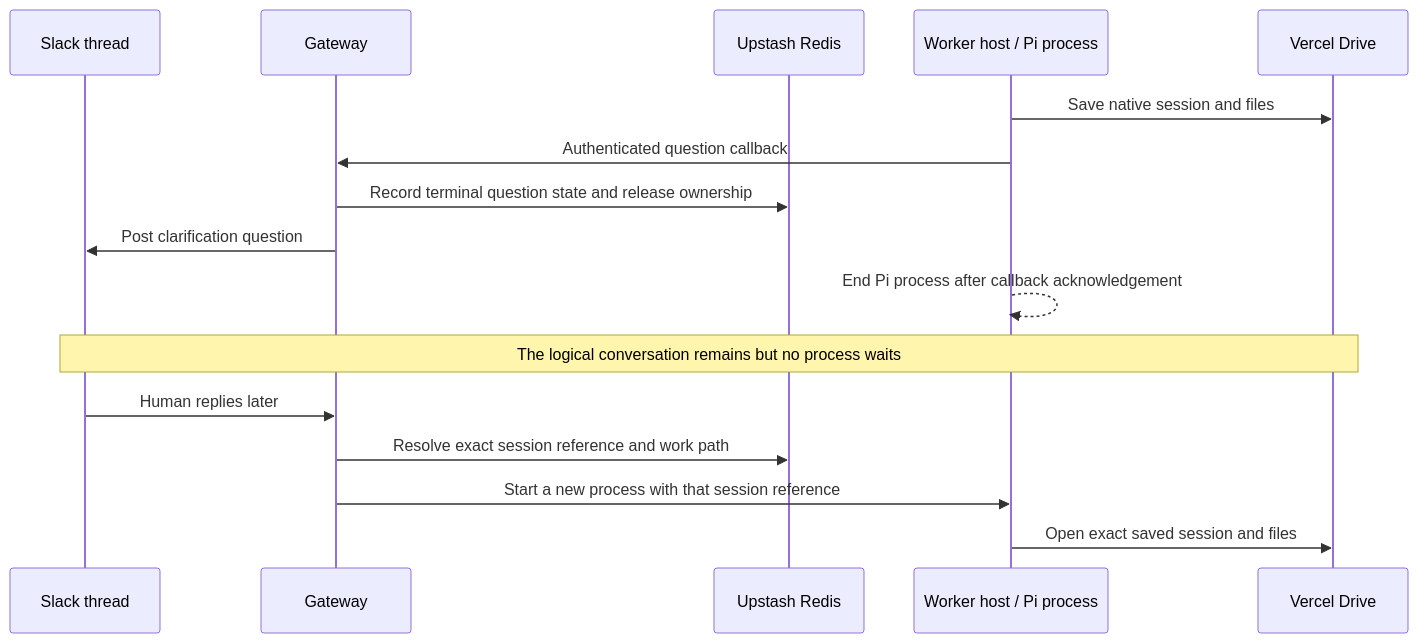
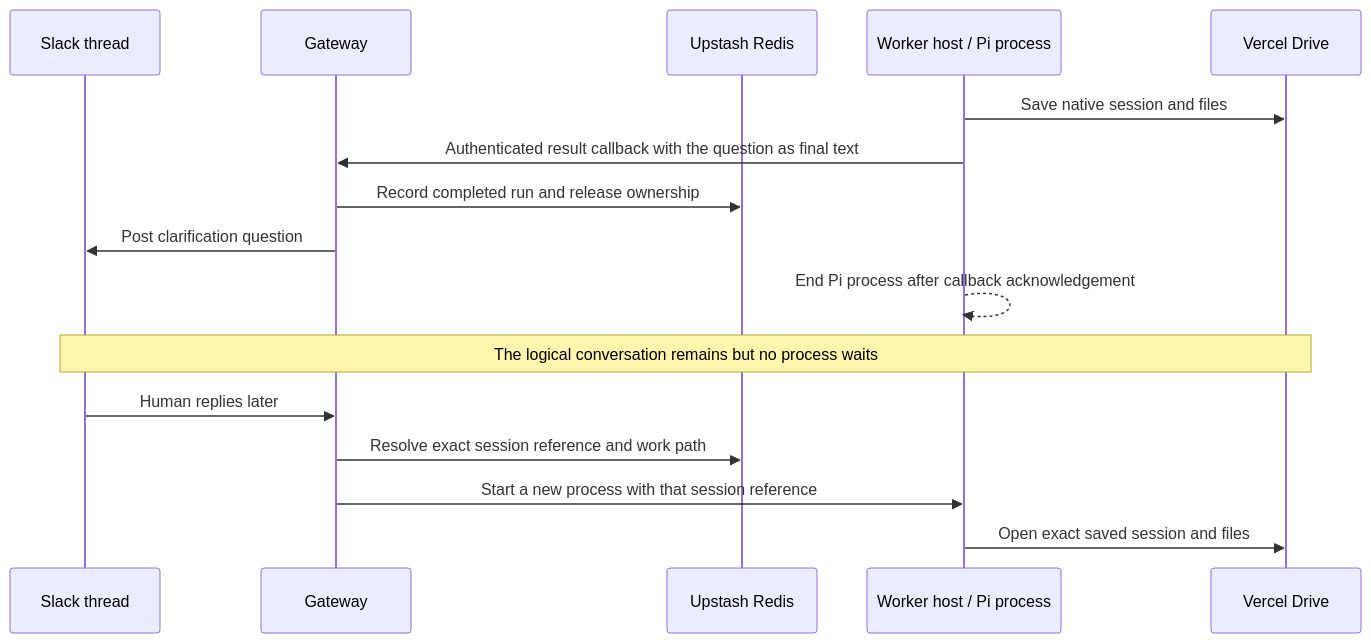
The second of 2 diagrams in docs/spec/v1.md (baaadtrippp/slack-agent-starter), drawn with Mermaid before and after one commit. The commit also changed other lines of this file, not shown here.

First line of the commit message:
Match the clarification flow to the v1 fallback

````diff
--- a/docs/spec/v1.md
+++ b/docs/spec/v1.md
@@ -247,18 +247,18 @@
 ```mermaid
 sequenceDiagram
   participant S as Slack thread
   participant G as Gateway
   participant R as Upstash Redis
   participant P as Worker host / Pi process
   participant D as Vercel Drive
   P->>D: Save native session and files
-  P->>G: Authenticated question callback
-  G->>R: Record terminal question state and release ownership
+  P->>G: Authenticated result callback with the question as final text
+  G->>R: Record completed run and release ownership
   G->>S: Post clarification question
   P-->>P: End Pi process after callback acknowledgement
   Note over S,D: The logical conversation remains but no process waits
   S->>G: Human replies later
   G->>R: Resolve exact session reference and work path
   G->>P: Start a new process with that session reference
   P->>D: Open exact saved session and files
 ```
````
